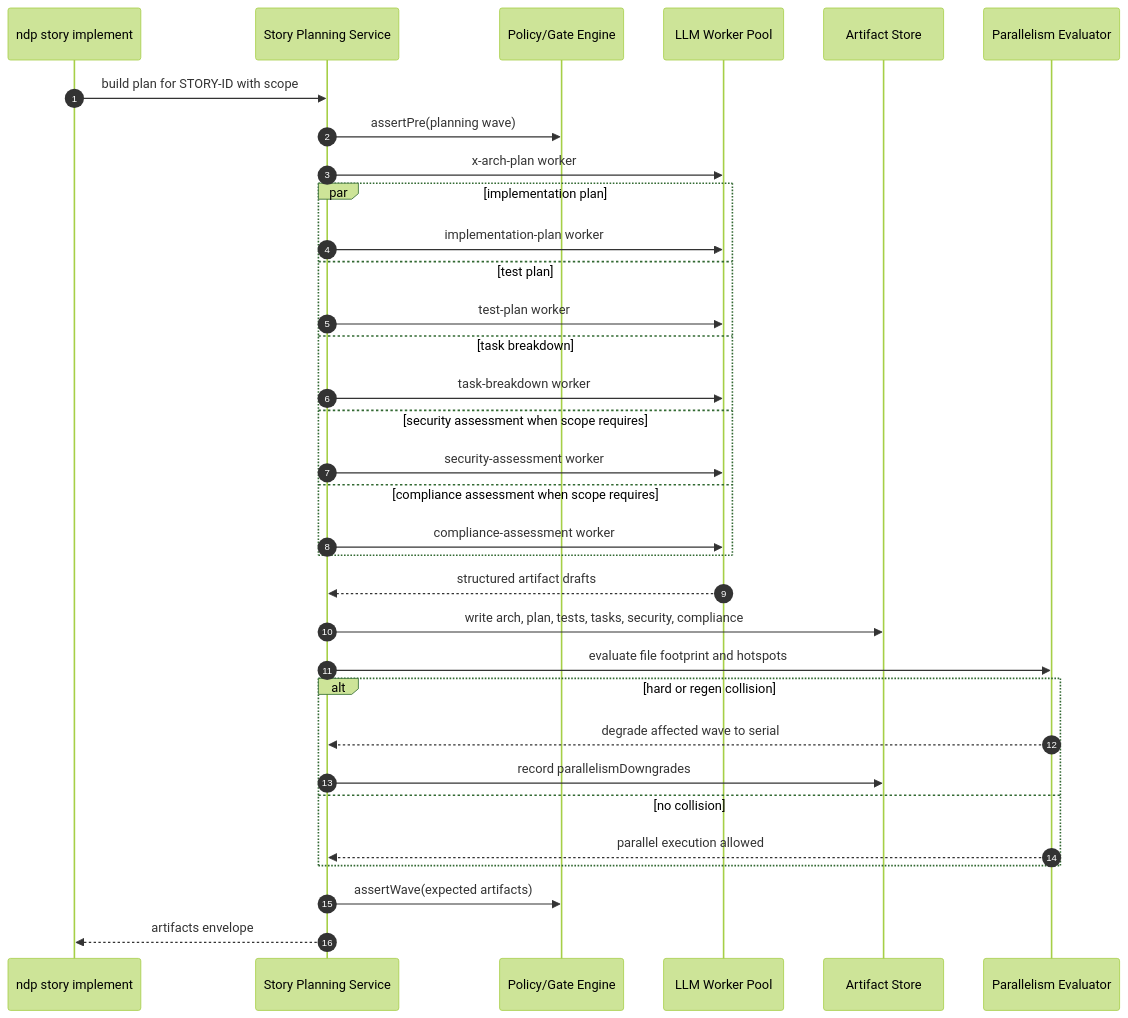
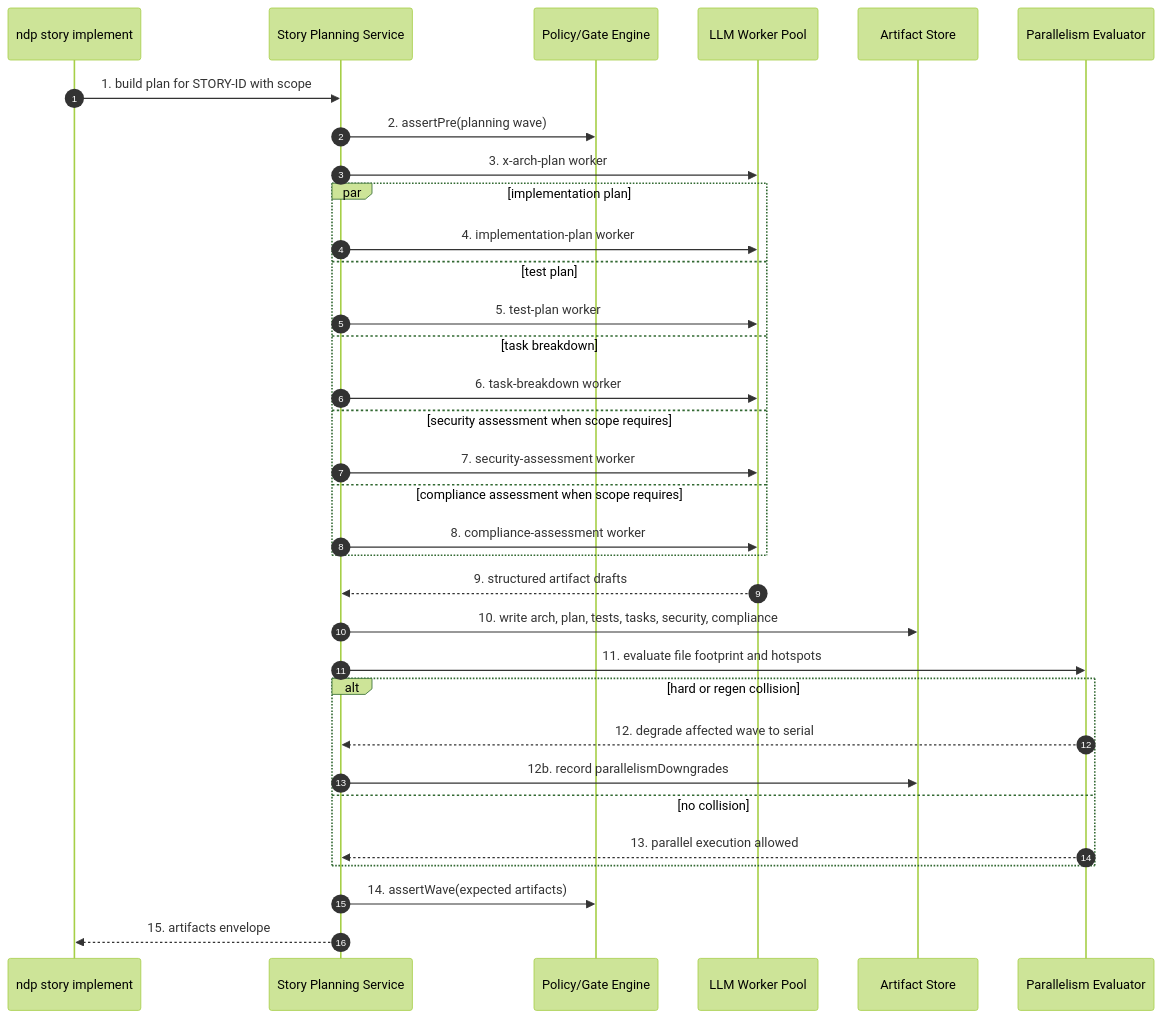
Before and after one commit to review-bench/edercnj_ia-dev-environment: the third of 6 diagrams in docs/ndp-strategic-plan-v2.md, drawn with Mermaid (forest theme). The commit also changed other lines of this file, not shown here.

First line of the commit message:
docs(ndp): enhance command sequence details in strategic plan

````diff
--- a/docs/ndp-strategic-plan-v2.md
+++ b/docs/ndp-strategic-plan-v2.md
@@ -413,36 +504,36 @@
 ```mermaid
 sequenceDiagram
   autonumber
   participant Story as ndp story implement
   participant Plan as Story Planning Service
   participant Gate as Policy/Gate Engine
   participant LLM as LLM Worker Pool
   participant Art as Artifact Store
   participant Parallel as Parallelism Evaluator
 
-  Story->>Plan: build plan for STORY-ID with scope
-  Plan->>Gate: assertPre(planning wave)
-  Plan->>LLM: x-arch-plan worker
+  Story->>Plan: 1. build plan for STORY-ID with scope
+  Plan->>Gate: 2. assertPre(planning wave)
+  Plan->>LLM: 3. x-arch-plan worker
   par implementation plan
-    Plan->>LLM: implementation-plan worker
+    Plan->>LLM: 4. implementation-plan worker
   and test plan
-    Plan->>LLM: test-plan worker
+    Plan->>LLM: 5. test-plan worker
   and task breakdown
-    Plan->>LLM: task-breakdown worker
+    Plan->>LLM: 6. task-breakdown worker
   and security assessment when scope requires
-    Plan->>LLM: security-assessment worker
+    Plan->>LLM: 7. security-assessment worker
   and compliance assessment when scope requires
-    Plan->>LLM: compliance-assessment worker
+    Plan->>LLM: 8. compliance-assessment worker
   end
-  LLM-->>Plan: structured artifact drafts
-  Plan->>Art: write arch, plan, tests, tasks, security, compliance
-  Plan->>Parallel: evaluate file footprint and hotspots
+  LLM-->>Plan: 9. structured artifact drafts
+  Plan->>Art: 10. write arch, plan, tests, tasks, security, compliance
+  Plan->>Parallel: 11. evaluate file footprint and hotspots
   alt hard or regen collision
-    Parallel-->>Plan: degrade affected wave to serial
-    Plan->>Art: record parallelismDowngrades
+    Parallel-->>Plan: 12. degrade affected wave to serial
+    Plan->>Art: 12b. record parallelismDowngrades
   else no collision
-    Parallel-->>Plan: parallel execution allowed
+    Parallel-->>Plan: 13. parallel execution allowed
   end
-  Plan->>Gate: assertWave(expected artifacts)
-  Plan-->>Story: artifacts envelope
+  Plan->>Gate: 14. assertWave(expected artifacts)
+  Plan-->>Story: 15. artifacts envelope
 ```
````
